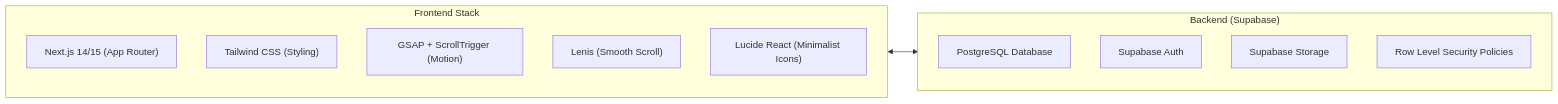
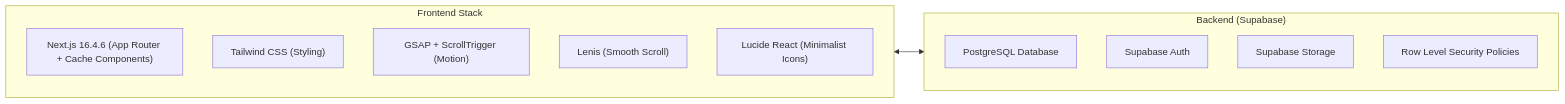
Before and after one commit to Ganshirae/himatika_web: the second of 2 diagrams in PROJECT.md, drawn with Mermaid. The commit also changed other lines of this file and 40 other files, not shown here.

````diff
--- a/PROJECT.md
+++ b/PROJECT.md
@@ -136,19 +137,19 @@
 ```mermaid
 flowchart LR
     subgraph FrontendFramework ["Frontend Stack"]
-        Next["Next.js 14/15 (App Router)"]
+        Next["Next.js 16.4.6 (App Router + Cache Components)"]
         Tailwind["Tailwind CSS (Styling)"]
         GSAP["GSAP + ScrollTrigger (Motion)"]
         Lenis["Lenis (Smooth Scroll)"]
         Lucide["Lucide React (Minimalist Icons)"]
     end
 
     subgraph BackendServices ["Backend (Supabase)"]
         Postgres["PostgreSQL Database"]
         Auth["Supabase Auth"]
         Storage["Supabase Storage"]
         RLS["Row Level Security Policies"]
     end
 
     FrontendFramework <--> BackendServices
 ```
````
